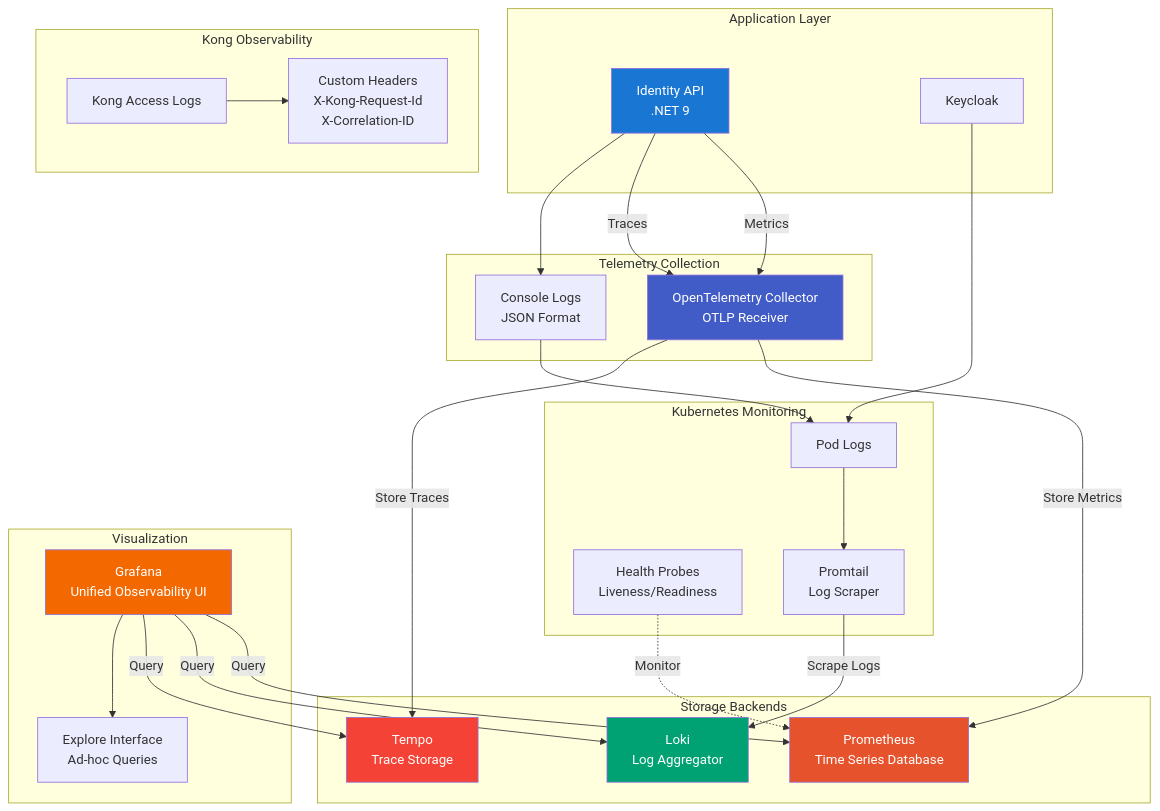
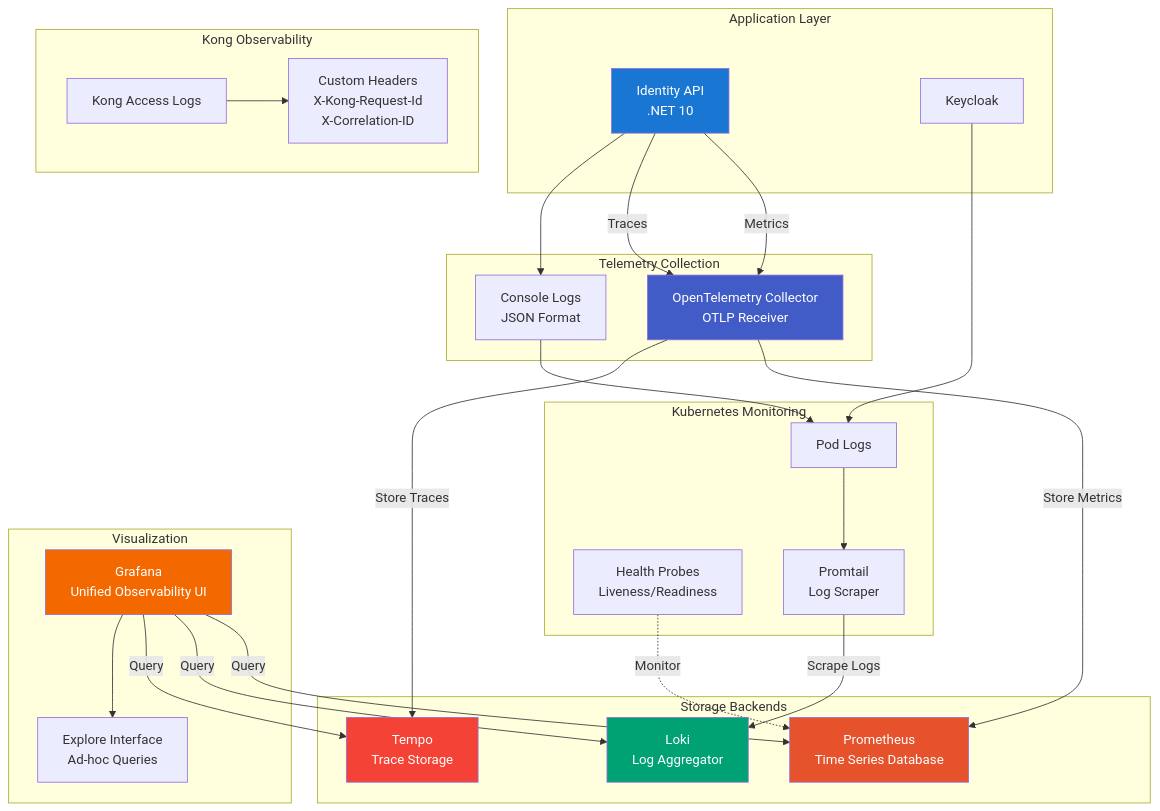
One commit to kyo1506/tec-challenge-fase-1 changed the third of 6 diagrams in README.md. Above: the diagram before and after it, drawn with Mermaid. The commit also changed other lines of this file, not shown here.

Commit message:
fix: Update .NET version references from 9 to 10 in README.md

````diff
--- a/README.md
+++ b/README.md
@@ -134,57 +134,57 @@
 ```mermaid
 flowchart TB
     subgraph "Application Layer"
-        APP[Identity API<br/>.NET 9]
+        APP[Identity API<br/>.NET 10]
         KC_APP[Keycloak]
     end
     
     subgraph "Telemetry Collection"
         OTEL[OpenTelemetry Collector<br/>OTLP Receiver]
         CONSOLE[Console Logs<br/>JSON Format]
     end
     
     subgraph "Kong Observability"
         KONG_LOGS[Kong Access Logs]
         HEADERS[Custom Headers<br/>X-Kong-Request-Id<br/>X-Correlation-ID]
     end
     
     subgraph "Kubernetes Monitoring"
         K8S_LOGS[Pod Logs]
         HEALTH_CHECKS[Health Probes<br/>Liveness/Readiness]
         PROMTAIL[Promtail<br/>Log Scraper]
     end
     
     subgraph "Storage Backends"
         PROMETHEUS[Prometheus<br/>Time Series Database]
         LOKI[Loki<br/>Log Aggregator]
         TEMPO[Tempo<br/>Trace Storage]
     end
     
     subgraph "Visualization"
         GRAFANA[Grafana<br/>Unified Observability UI]
         EXPLORE[Explore Interface<br/>Ad-hoc Queries]
     end
 
     APP -->|Metrics| OTEL
     APP -->|Traces| OTEL
     APP --> CONSOLE
     KC_APP --> K8S_LOGS
     CONSOLE --> K8S_LOGS
     K8S_LOGS --> PROMTAIL
     PROMTAIL -->|Scrape Logs| LOKI
     OTEL -->|Store Metrics| PROMETHEUS
     OTEL -->|Store Traces| TEMPO
     KONG_LOGS --> HEADERS
     GRAFANA -->|Query| PROMETHEUS
     GRAFANA -->|Query| LOKI
     GRAFANA -->|Query| TEMPO
     GRAFANA --> EXPLORE
     HEALTH_CHECKS -.->|Monitor| PROMETHEUS
     
     style APP fill:#1976d2,color:#fff
     style GRAFANA fill:#f46800,color:#fff
     style PROMETHEUS fill:#e6522c,color:#fff
     style LOKI fill:#00a273,color:#fff
     style TEMPO fill:#f44336,color:#fff
     style OTEL fill:#425cc7,color:#fff
 ```
````
